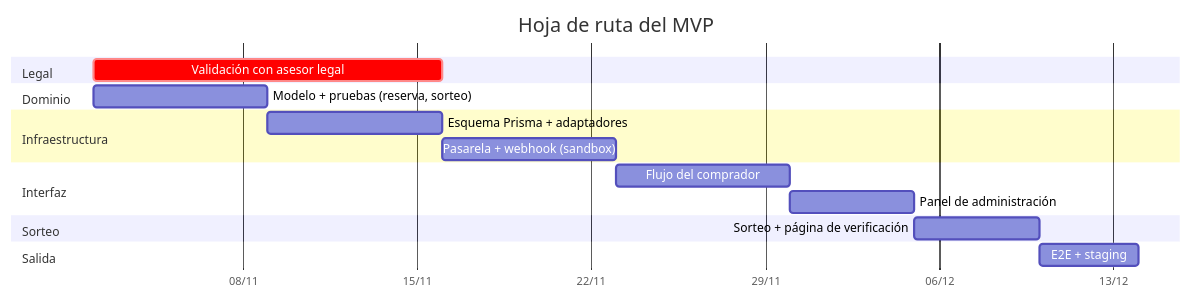
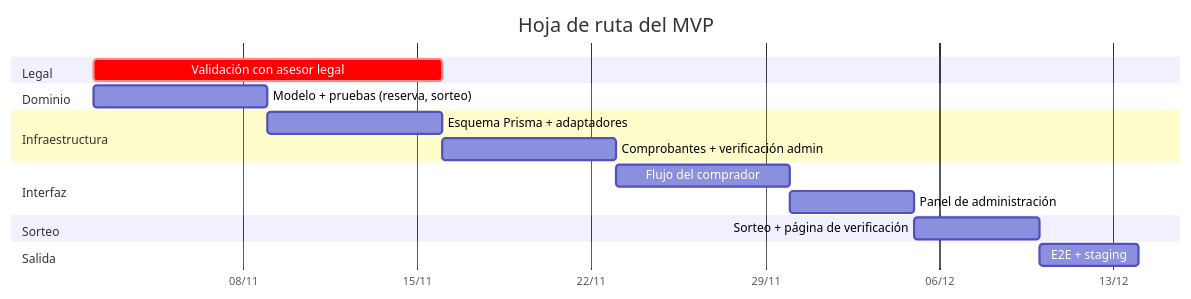
One commit to kanoso/ecommcerce-saas-sonet changed diagram 12 of 12 in DOCS/RIFAS/ESPECIFICACIONES-RIFAS.md. Above: the diagram before and after it, drawn with Mermaid. The commit also changed other lines of this file and 444 other files, not shown here.

````diff
--- a/DOCS/RIFAS/ESPECIFICACIONES-RIFAS.md
+++ b/DOCS/RIFAS/ESPECIFICACIONES-RIFAS.md
@@ -600,26 +773,26 @@
 ```mermaid
 gantt
     title Hoja de ruta del MVP
     dateFormat YYYY-MM-DD
     axisFormat %d/%m
 
     section Legal
     Validación con asesor legal         :crit, l1, 2026-11-02, 14d
 
     section Dominio
     Modelo + pruebas (reserva, sorteo)  :d1, 2026-11-02, 7d
 
     section Infraestructura
     Esquema Prisma + adaptadores :i1, after d1, 7d
-    Pasarela + webhook (sandbox)        :i2, after i1, 7d
+    Comprobantes + verificación admin   :i2, after i1, 7d
 
     section Interfaz
     Flujo del comprador                 :u1, after i2, 7d
     Panel de administración             :u2, after u1, 5d
 
     section Sorteo
     Sorteo + página de verificación     :s1, after u2, 5d
 
     section Salida
     E2E + staging                       :e1, after s1, 4d
 ```
````
